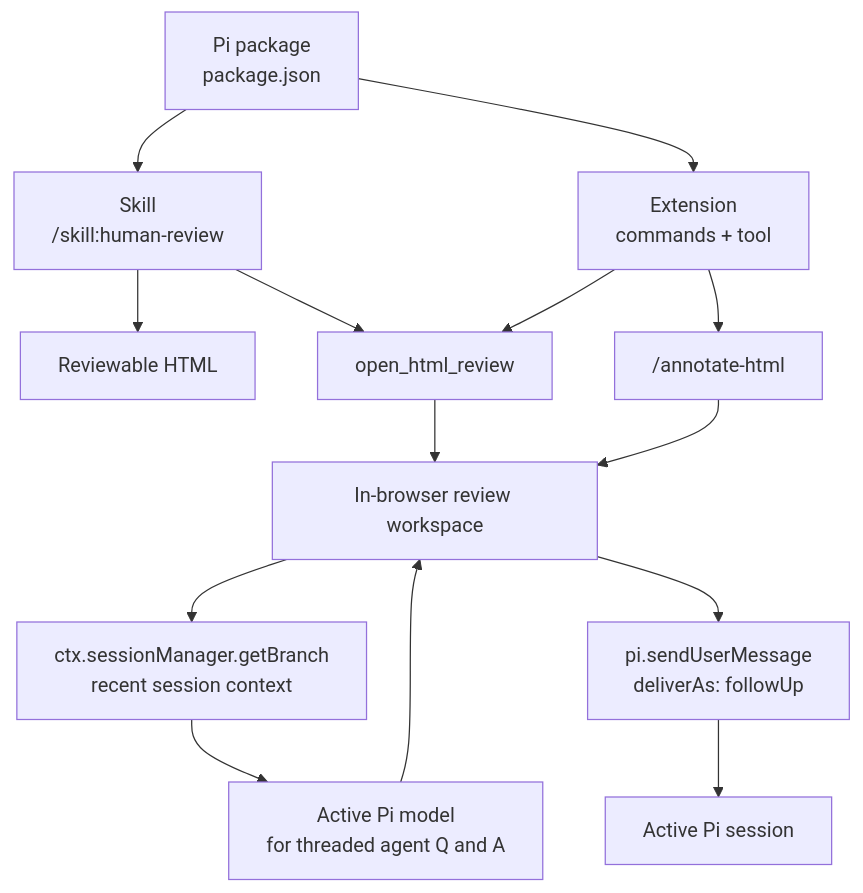
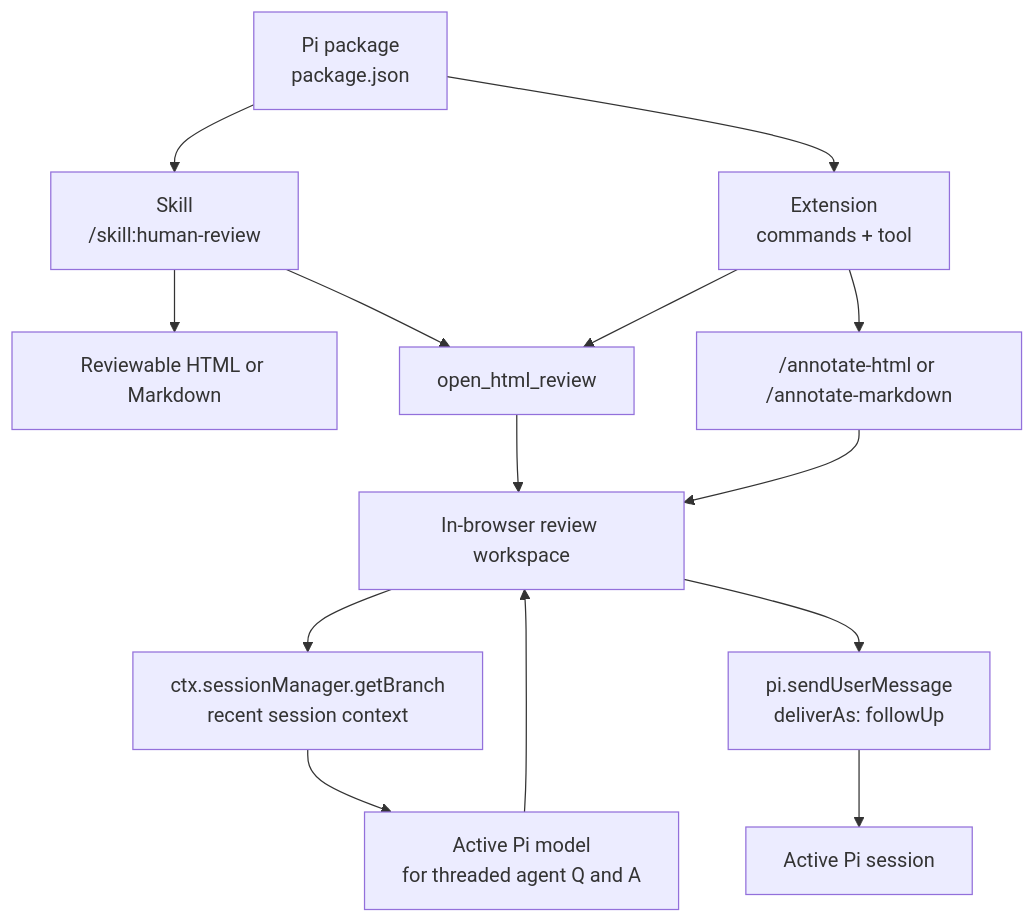
The diagram in README.md (alpeshvas/pi-human-inquire), drawn with Mermaid before and after one commit. The commit also changed other lines of this file and 3 other files, not shown here.

````diff
--- a/README.md
+++ b/README.md
@@ -136,20 +139,20 @@
 ```mermaid
 flowchart TD
   P["Pi package<br/>package.json"] --> S["Skill<br/>/skill:human-review"]
   P --> E["Extension<br/>commands + tool"]
 
-  S --> H["Reviewable HTML"]
+  S --> H["Reviewable HTML or Markdown"]
   S --> T["open_html_review"]
   E --> T
-  E --> C["/annotate-html"]
+  E --> C["/annotate-html or /annotate-markdown"]
 
   T --> B["In-browser review workspace"]
   C --> B
 
   B --> BR["ctx.sessionManager.getBranch<br/>recent session context"]
   BR --> M["Active Pi model<br/>for threaded agent Q and A"]
   M --> B
 
   B --> F["pi.sendUserMessage<br/>deliverAs: followUp"]
   F --> PI["Active Pi session"]
 ```
````
